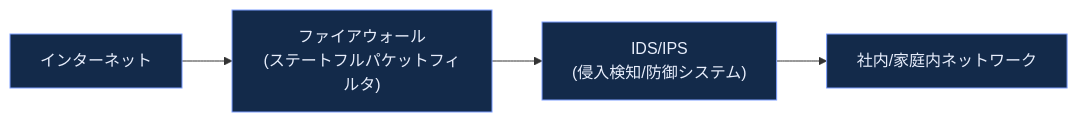
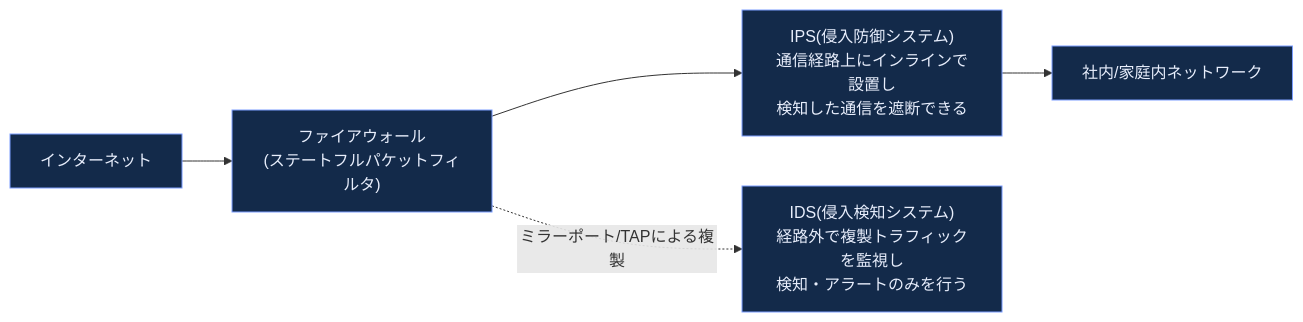
Diagram 38 of 41 in Computer-networking-topdown-guide.md (myoshi2891/Cloud-Infrastructure-Studies), drawn with Mermaid before and after one commit. The commit also changed other lines of this file, not shown here.

Commit message:
docs(networking): refine RPKI stats, PQC naming, and IDS/IPS diagram in top-down guide

````diff
--- a/Computer-networking-topdown-guide.md
+++ b/Computer-networking-topdown-guide.md
@@ -999,9 +999,10 @@
 ```mermaid
 flowchart LR
     INTERNET["インターネット"] --> FW["ファイアウォール<br/>(ステートフルパケットフィルタ)"]
-    FW --> IDS["IDS/IPS<br/>(侵入検知/防御システム)"]
-    IDS --> LAN2["社内/家庭内ネットワーク"]
+    FW --> IPS["IPS(侵入防御システム)<br/>通信経路上にインラインで設置し<br/>検知した通信を遮断できる"]
+    IPS --> LAN2["社内/家庭内ネットワーク"]
+    FW -.->|ミラーポート/TAPによる複製| IDS["IDS(侵入検知システム)<br/>経路外で複製トラフィックを監視し<br/>検知・アラートのみを行う"]
 
     classDef secFill fill:#132a4a,stroke:#7c9eff,color:#e8eefc
-    class INTERNET,FW,IDS,LAN2 secFill
+    class INTERNET,FW,IPS,IDS,LAN2 secFill
 ```
````
